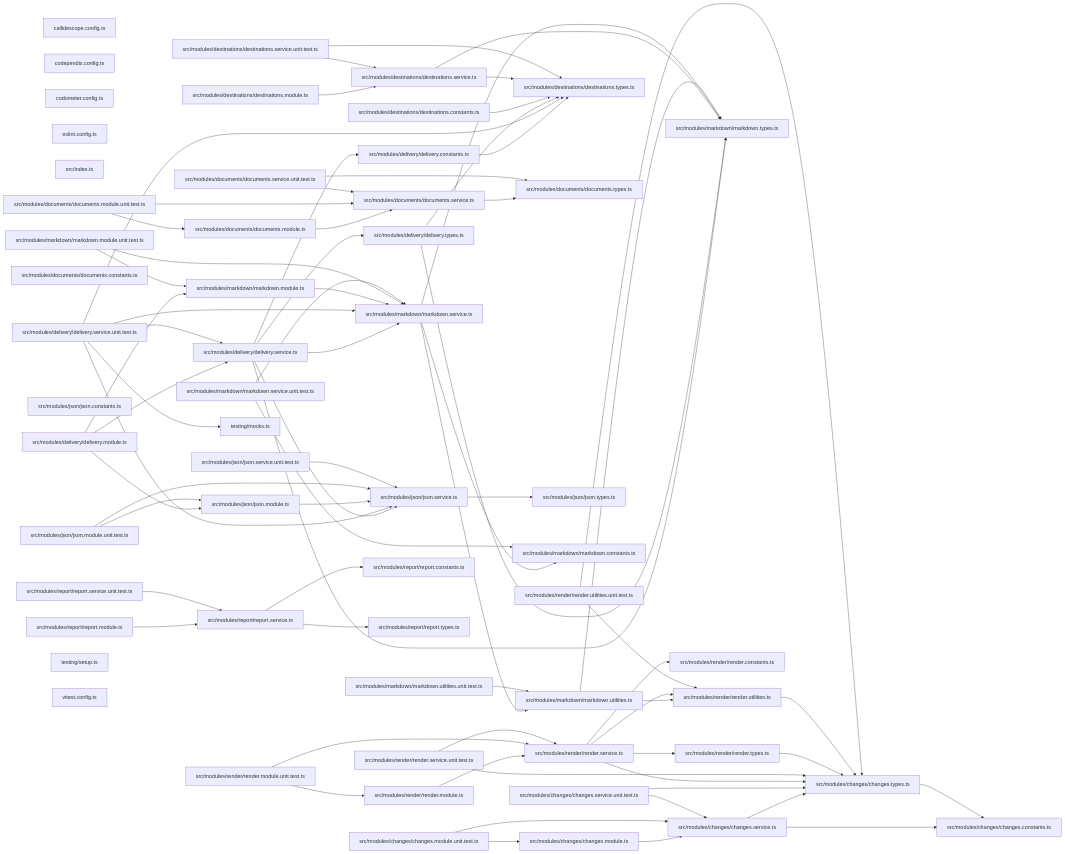
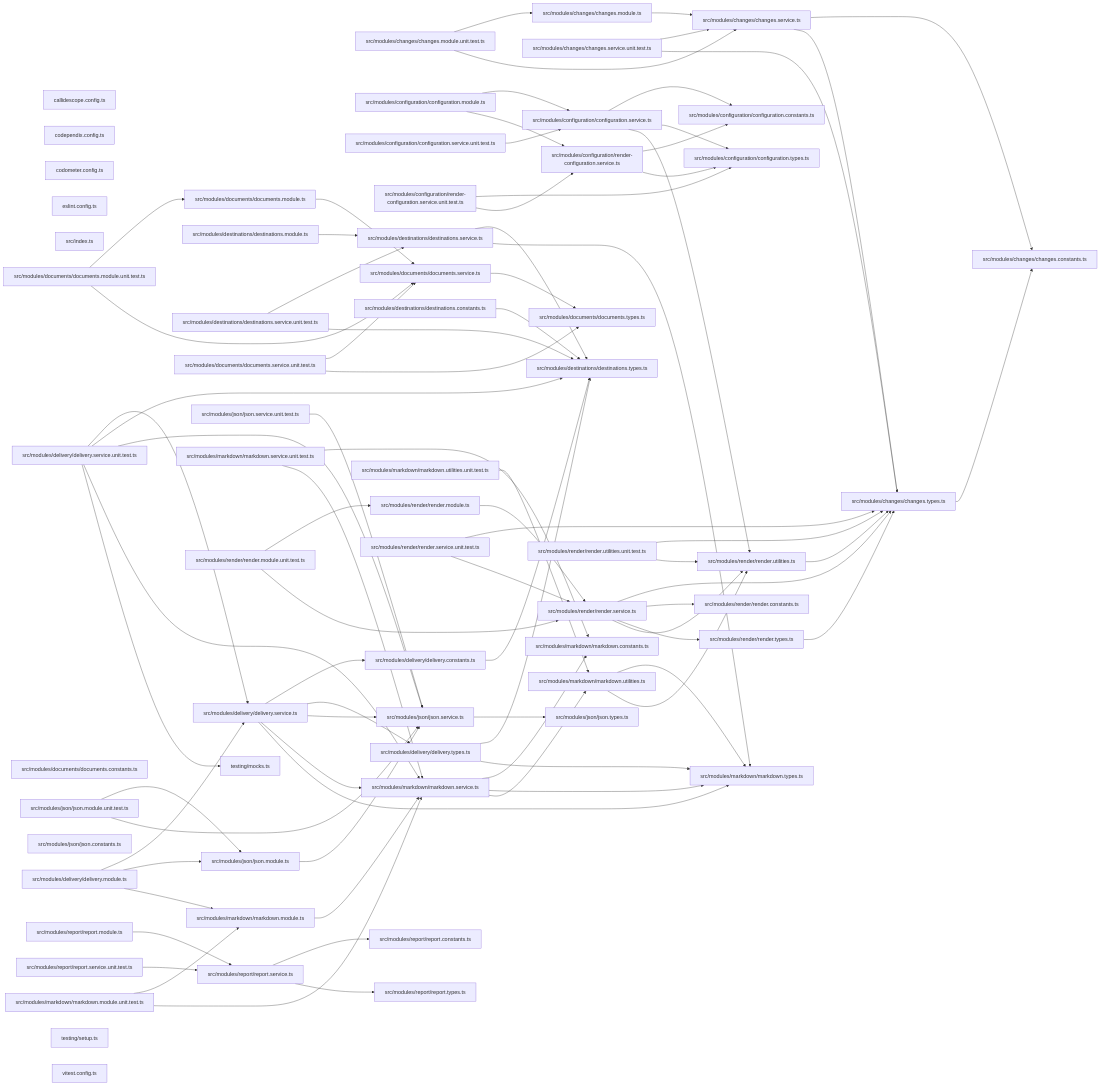
One commit to JimmyPaolini/codebase changed the third of 3 diagrams in packages/ic-suite/codometer/codometer-output/README.md. Above: the diagram before and after it, drawn with Mermaid. The commit also changed other lines of this file and 32 other files, not shown here.

```diff
--- a/packages/ic-suite/codometer/codometer-output/README.md
+++ b/packages/ic-suite/codometer/codometer-output/README.md
@@ -202,6 +219,13 @@
   file_src_modules_changes_changes_service_ts["src/modules/changes/changes.service.ts"]
   file_src_modules_changes_changes_service_unit_test_ts["src/modules/changes/changes.service.unit.test.ts"]
   file_src_modules_changes_changes_types_ts["src/modules/changes/changes.types.ts"]
+  file_src_modules_configuration_configuration_constants_ts["src/modules/configuration/configuration.constants.ts"]
+  file_src_modules_configuration_configuration_module_ts["src/modules/configuration/configuration.module.ts"]
+  file_src_modules_configuration_configuration_service_ts["src/modules/configuration/configuration.service.ts"]
+  file_src_modules_configuration_configuration_service_unit_test_ts["src/modules/configuration/configuration.service.unit.test.ts"]
+  file_src_modules_configuration_configuration_types_ts["src/modules/configuration/configuration.types.ts"]
+  file_src_modules_configuration_render_configuration_service_ts["src/modules/configuration/render-configuration.service.ts"]
+  file_src_modules_configuration_render_configuration_service_unit_test_ts["src/modules/configuration/render-configuration.service.unit.test.ts"]
   file_src_modules_delivery_delivery_constants_ts["src/modules/delivery/delivery.constants.ts"]
   file_src_modules_delivery_delivery_module_ts["src/modules/delivery/delivery.module.ts"]
   file_src_modules_delivery_delivery_service_ts["src/modules/delivery/delivery.service.ts"]
@@ -256,6 +280,16 @@
   file_src_modules_changes_changes_service_unit_test_ts --> file_src_modules_changes_changes_service_ts
   file_src_modules_changes_changes_service_unit_test_ts --> file_src_modules_changes_changes_types_ts
   file_src_modules_changes_changes_types_ts --> file_src_modules_changes_changes_constants_ts
+  file_src_modules_configuration_configuration_module_ts --> file_src_modules_configuration_configuration_service_ts
+  file_src_modules_configuration_configuration_module_ts --> file_src_modules_configuration_render_configuration_service_ts
+  file_src_modules_configuration_configuration_service_ts --> file_src_modules_configuration_configuration_constants_ts
+  file_src_modules_configuration_configuration_service_ts --> file_src_modules_configuration_configuration_types_ts
+  file_src_modules_configuration_configuration_service_ts --> file_src_modules_render_render_utilities_ts
+  file_src_modules_configuration_configuration_service_unit_test_ts --> file_src_modules_configuration_configuration_service_ts
+  file_src_modules_configuration_render_configuration_service_ts --> file_src_modules_configuration_configuration_constants_ts
+  file_src_modules_configuration_render_configuration_service_ts --> file_src_modules_configuration_configuration_types_ts
+  file_src_modules_configuration_render_configuration_service_unit_test_ts --> file_src_modules_configuration_configuration_types_ts
+  file_src_modules_configuration_render_configuration_service_unit_test_ts --> file_src_modules_configuration_render_configuration_service_ts
   file_src_modules_delivery_delivery_constants_ts --> file_src_modules_destinations_destinations_types_ts
   file_src_modules_delivery_delivery_module_ts --> file_src_modules_delivery_delivery_service_ts
   file_src_modules_delivery_delivery_module_ts --> file_src_modules_json_json_module_ts
```
